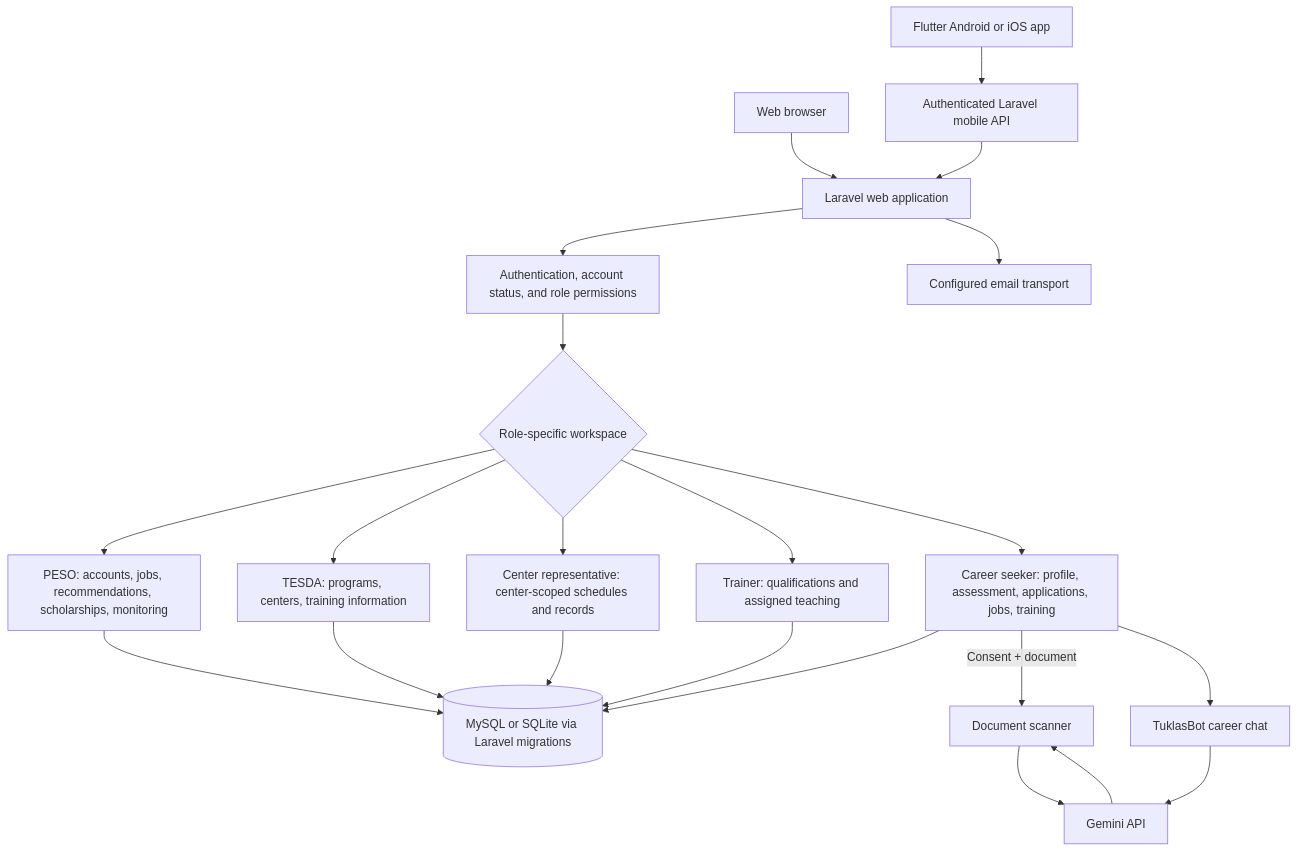
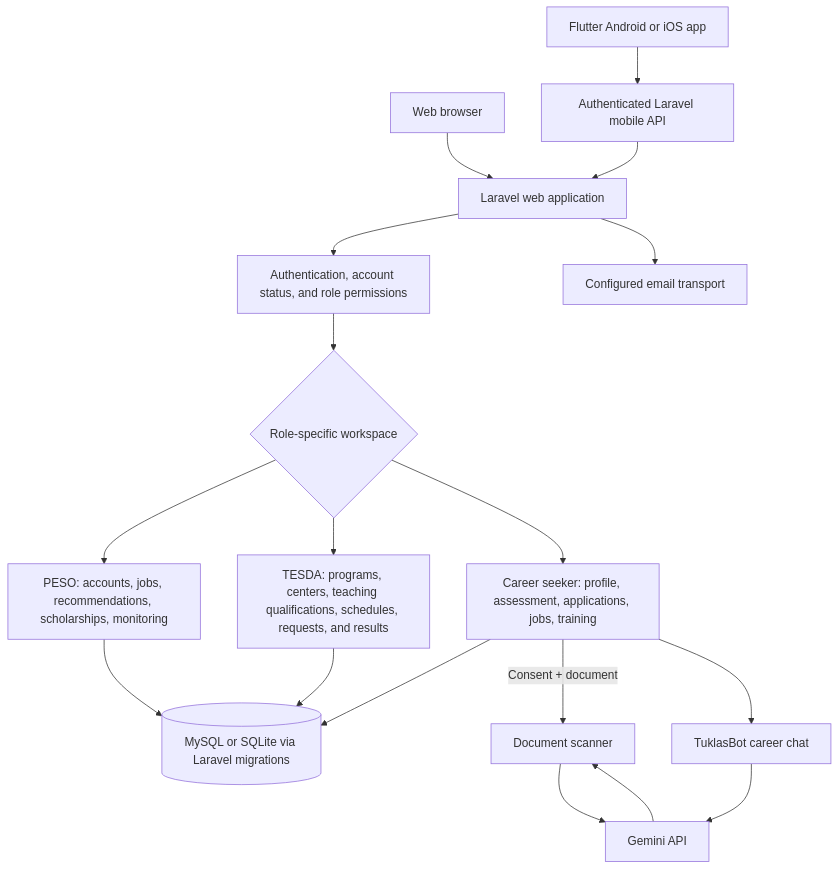
One commit to myteam100ovr-pixel/Tuklas changed the second of 3 diagrams in README.md. Above: the diagram before and after it, drawn with Mermaid. The commit also changed other lines of this file and 65 other files, not shown here.

Commit message:
Consolidate training staff roles into TESDA

````diff
--- a/README.md
+++ b/README.md
@@ -76,27 +63,23 @@
 ```mermaid
 flowchart TD
     WEB[Web browser] --> LARAVEL[Laravel web application]
     FLUTTER[Flutter Android or iOS app] --> API[Authenticated Laravel mobile API]
     API --> LARAVEL
     LARAVEL --> AUTH[Authentication, account status, and role permissions]
     AUTH --> ROLES{Role-specific workspace}
 
     ROLES --> PESO[PESO: accounts, jobs, recommendations, scholarships, monitoring]
-    ROLES --> TESDA[TESDA: programs, centers, training information]
-    ROLES --> CENTER[Center representative: center-scoped schedules and records]
-    ROLES --> TRAINER[Trainer: qualifications and assigned teaching]
+    ROLES --> TESDA[TESDA: programs, centers, teaching qualifications, schedules, requests, and results]
     ROLES --> YOUTH[Career seeker: profile, assessment, applications, jobs, training]
 
     PESO --> DB[(MySQL or SQLite via Laravel migrations)]
     TESDA --> DB
-    CENTER --> DB
-    TRAINER --> DB
     YOUTH --> DB
 
     YOUTH -->|Consent + document| SCANNER[Document scanner]
     SCANNER --> GEMINI[Gemini API]
     GEMINI --> SCANNER
     YOUTH --> BOT[TuklasBot career chat]
     BOT --> GEMINI
     LARAVEL --> MAIL[Configured email transport]
 ```
````
